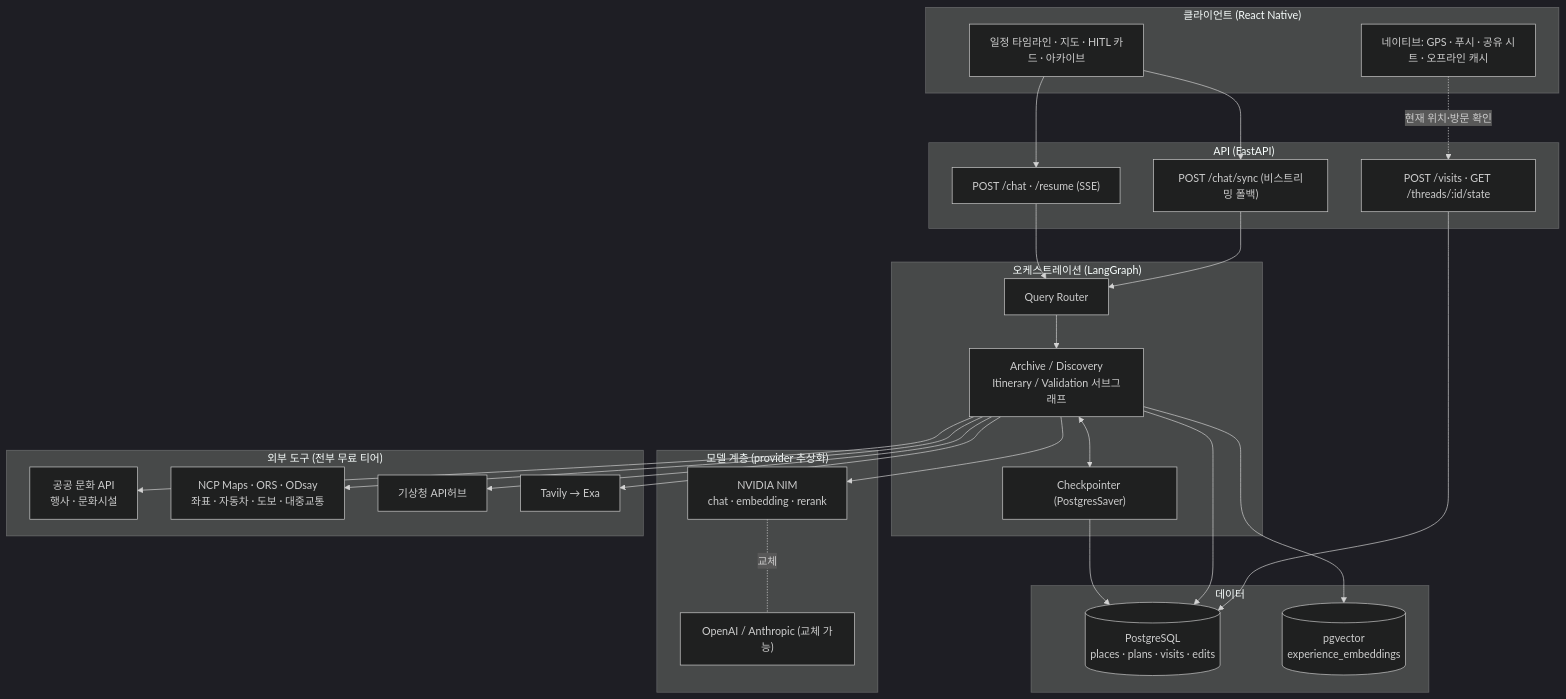
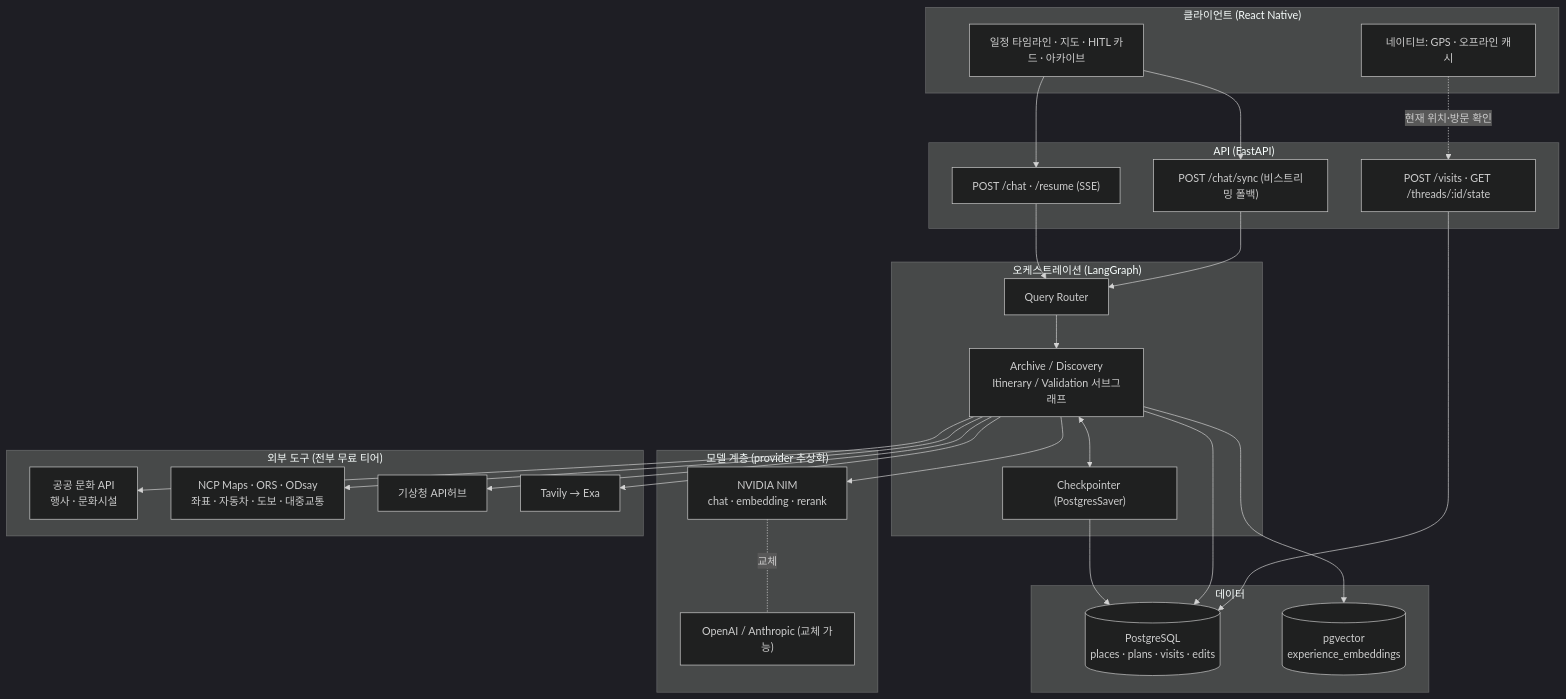
The first of 6 diagrams in culturemate/docs/ARCHITECTURE.md (ChaeUngLim/CulturePilot_AI-main), drawn with Mermaid (dark theme) before and after one commit. The commit also changed other lines of this file and 14 other files, not shown here.

````diff
--- a/culturemate/docs/ARCHITECTURE.md
+++ b/culturemate/docs/ARCHITECTURE.md
@@ -45,47 +45,47 @@
 ```mermaid
 graph TB
     subgraph client["클라이언트 (React Native)"]
         UI["일정 타임라인 · 지도 · HITL 카드 · 아카이브"]
-        NAT["네이티브: GPS · 푸시 · 공유 시트 · 오프라인 캐시"]
+        NAT["네이티브: GPS · 오프라인 캐시"]
     end
 
     subgraph api["API (FastAPI)"]
         SSE["POST /chat · /resume (SSE)"]
         SYNC["POST /chat/sync (비스트리밍 폴백)"]
         REST["POST /visits · GET /threads/:id/state"]
     end
 
     subgraph orch["오케스트레이션 (LangGraph)"]
         RT["Query Router"]
         AG["Archive / Discovery<br/>Itinerary / Validation 서브그래프"]
         CP["Checkpointer (PostgresSaver)"]
     end
 
     subgraph model["모델 계층 (provider 추상화)"]
         NIM["NVIDIA NIM<br/>chat · embedding · rerank"]
         ALT["OpenAI / Anthropic (교체 가능)"]
     end
 
     subgraph data["데이터"]
         PG[("PostgreSQL<br/>places · plans · visits · edits")]
         VEC[("pgvector<br/>experience_embeddings")]
     end
 
     subgraph ext["외부 도구 (전부 무료 티어)"]
         CUL["공공 문화 API<br/>행사 · 문화시설"]
         MAP["NCP Maps · ORS · ODsay<br/>좌표 · 자동차 · 도보 · 대중교통"]
         WX["기상청 API허브"]
         WEB["Tavily → Exa"]
     end
 
     UI --> SSE --> RT --> AG
     UI --> SYNC --> RT
     NAT -.현재 위치·방문 확인.-> REST
     AG <--> CP --> PG
     AG --> NIM
     NIM -.교체.- ALT
     AG --> PG
     AG --> VEC
     AG --> CUL & MAP & WX & WEB
     REST --> PG
 ```
````
